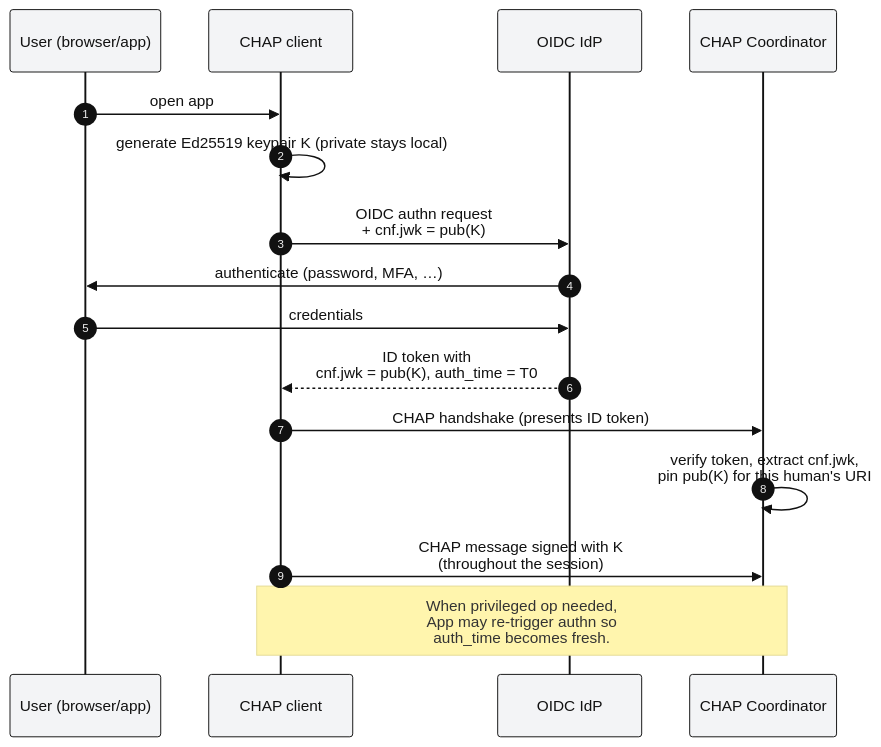
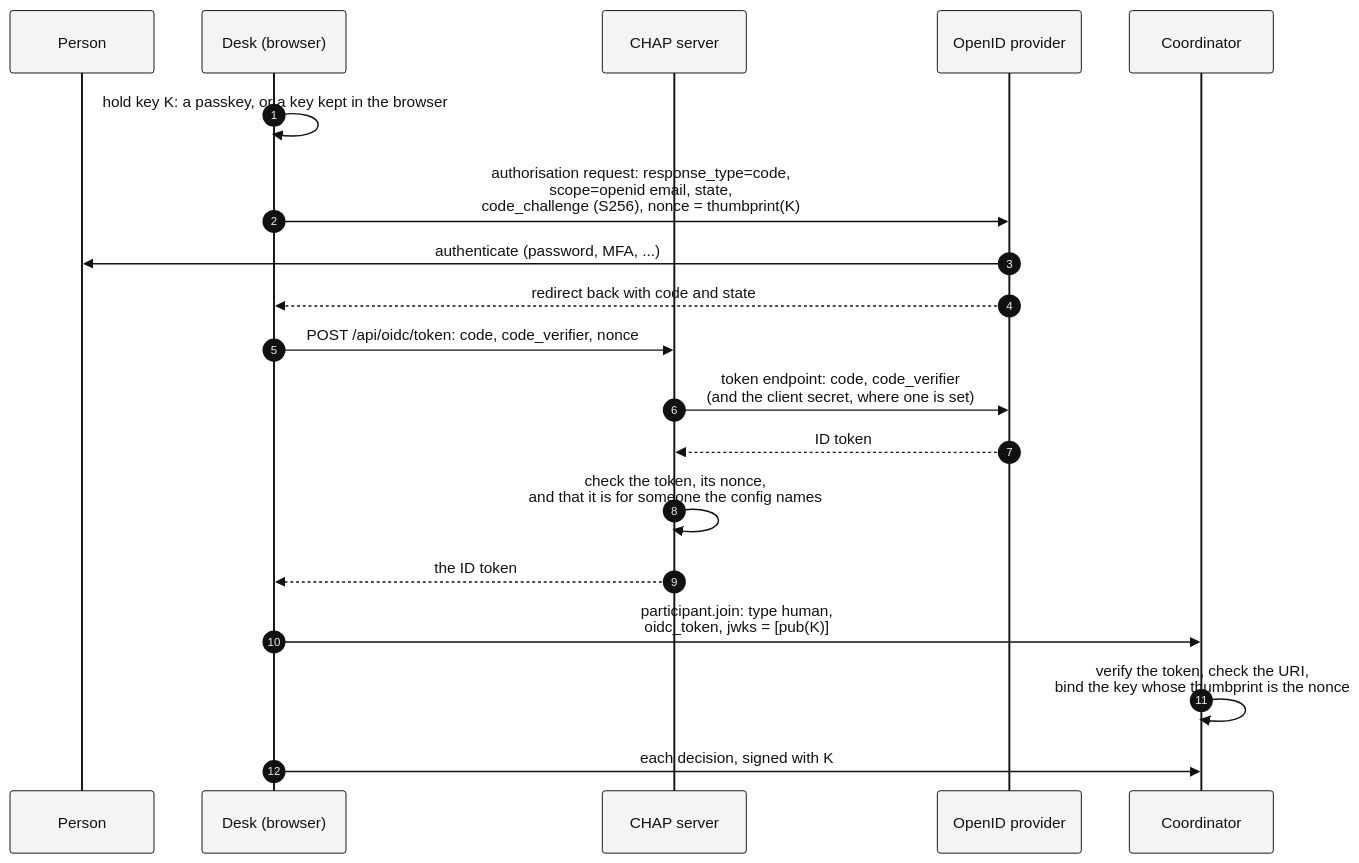
The diagram in integrations/CHAP-with-OIDC-OAuth2.md (BrightbeamAI/chap), drawn with Mermaid before and after one commit. The commit also changed other lines of this file and 1 other file, not shown here.

````diff
--- a/integrations/CHAP-with-OIDC-OAuth2.md
+++ b/integrations/CHAP-with-OIDC-OAuth2.md
@@ -28,33 +32,36 @@
 ```mermaid
 %%{init: {
   "theme": "base",
   "themeVariables": {
     "fontSize": "15px",
     "fontFamily": "Helvetica, Arial, sans-serif",
     "primaryColor": "#ffffff",
     "primaryTextColor": "#111111",
     "primaryBorderColor": "#111111",
     "lineColor": "#111111",
     "actorBkg": "#f3f4f6",
     "actorTextColor": "#111111",
     "actorBorder": "#111111"
   }
 }}%%
 sequenceDiagram
     autonumber
-    participant U as User (browser/app)
-    participant App as CHAP client
-    participant IdP as OIDC IdP
-    participant C as CHAP Coordinator
+    participant U as Person
+    participant D as Desk (browser)
+    participant S as CHAP server
+    participant IdP as OpenID provider
+    participant C as Coordinator
 
-    U->>App: open app
-    App->>App: generate Ed25519 keypair K (private stays local)
-    App->>IdP: OIDC authn request<br/>+ cnf.jwk = pub(K)
-    IdP->>U: authenticate (password, MFA, …)
-    U->>IdP: credentials
-    IdP-->>App: ID token with<br/>cnf.jwk = pub(K), auth_time = T0
-    App->>C: CHAP handshake (presents ID token)
-    C->>C: verify token, extract cnf.jwk,<br/>pin pub(K) for this human's URI
-    App->>C: CHAP message signed with K<br/>(throughout the session)
-    Note over App,C: When privileged op needed,<br/>App may re-trigger authn so<br/>auth_time becomes fresh.
+    D->>D: hold key K: a passkey, or a key kept in the browser
+    D->>IdP: authorisation request: response_type=code,<br/>scope=openid email, state,<br/>code_challenge (S256), nonce = thumbprint(K)
+    IdP->>U: authenticate (password, MFA, ...)
+    IdP-->>D: redirect back with code and state
+    D->>S: POST /api/oidc/token: code, code_verifier, nonce
+    S->>IdP: token endpoint: code, code_verifier<br/>(and the client secret, where one is set)
+    IdP-->>S: ID token
+    S->>S: check the token, its nonce,<br/>and that it is for someone the config names
+    S-->>D: the ID token
+    D->>C: participant.join: type human,<br/>oidc_token, jwks = [pub(K)]
+    C->>C: verify the token, check the URI,<br/>bind the key whose thumbprint is the nonce
+    D->>C: each decision, signed with K
 ```
````
